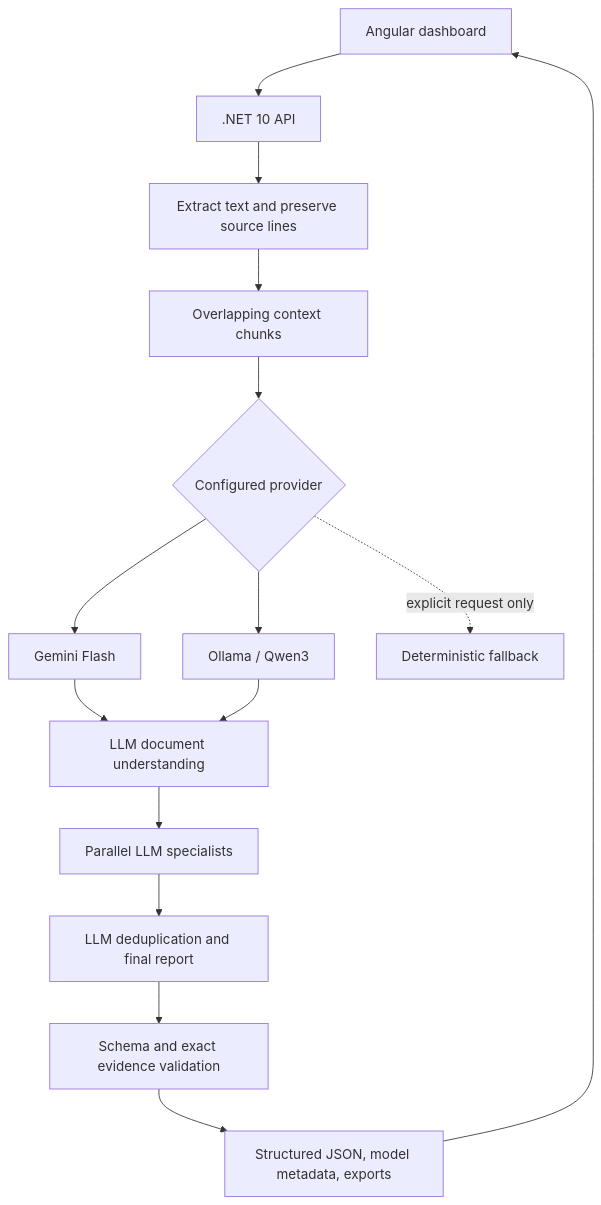
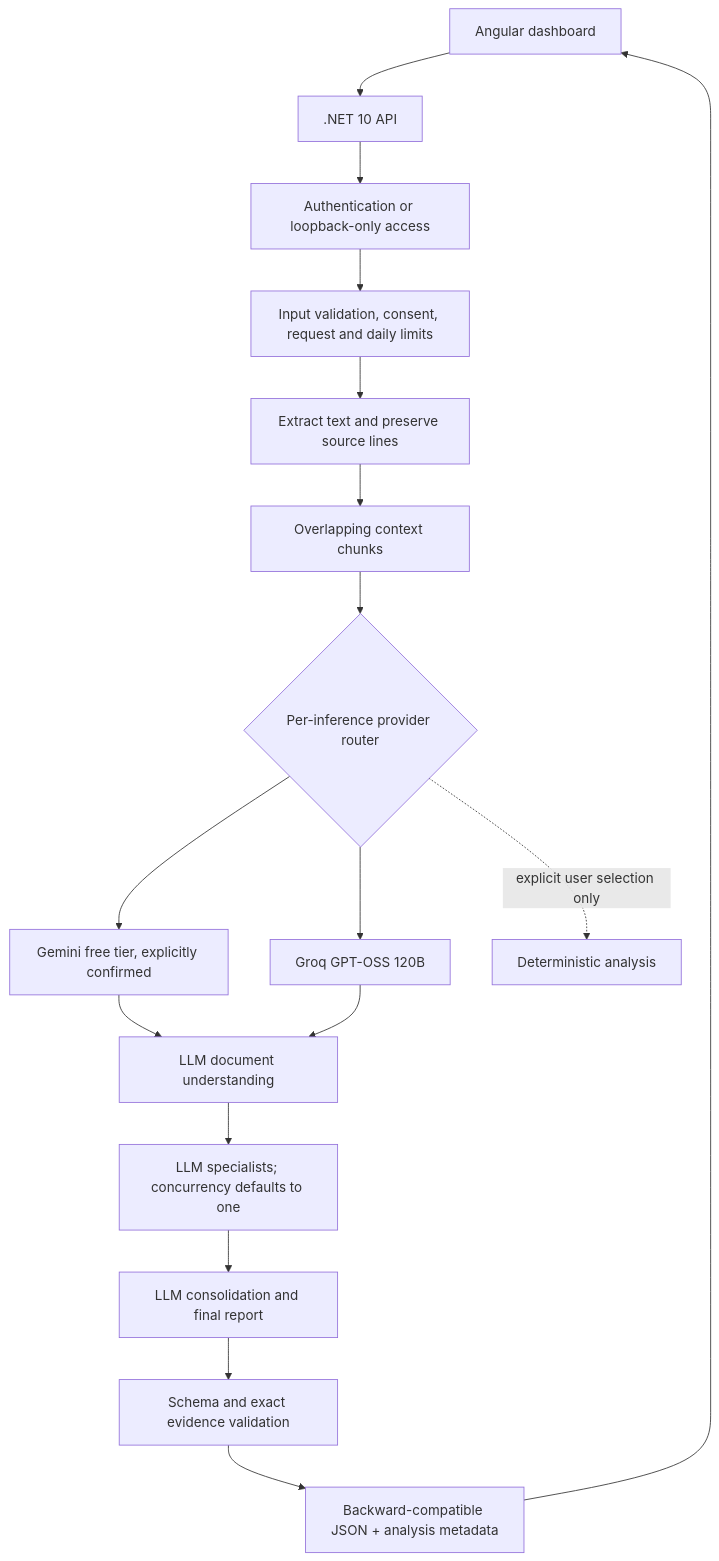
One commit to ramaputhiran87/AI_Digest changed the diagram in ARCHITECTURE.md. Above: the diagram before and after it, drawn with Mermaid. The commit also changed other lines of this file and 32 other files, not shown here.

Commit message:
Implement secure AI analysis and consent

````diff
--- a/ARCHITECTURE.md
+++ b/ARCHITECTURE.md
@@ -5,17 +5,19 @@
 ```mermaid
 flowchart TD
     Browser[Angular dashboard] --> Api[.NET 10 API]
-    Api --> Parse[Extract text and preserve source lines]
+    Api --> Access[Authentication or loopback-only access]
+    Access --> Limits[Input validation, consent, request and daily limits]
+    Limits --> Parse[Extract text and preserve source lines]
     Parse --> Chunks[Overlapping context chunks]
-    Chunks --> Provider{Configured provider}
-    Provider --> Gemini[Gemini Flash]
-    Provider --> Ollama[Ollama / Qwen3]
+    Chunks -->     Router{Per-inference provider router}
+    Router --> Gemini[Gemini free tier, explicitly confirmed]
+    Router --> Groq[Groq GPT-OSS 120B]
     Gemini --> Understanding[LLM document understanding]
-    Ollama --> Understanding
-    Understanding --> Agents[Parallel LLM specialists]
-    Agents --> Consolidation[LLM deduplication and final report]
+    Groq --> Understanding
+    Understanding --> Agents[LLM specialists; concurrency defaults to one]
+    Agents --> Consolidation[LLM consolidation and final report]
     Consolidation --> Validation[Schema and exact evidence validation]
-    Validation --> Result[Structured JSON, model metadata, exports]
+    Validation --> Result[Backward-compatible JSON + analysis metadata]
     Result --> Browser
-    Provider -. explicit request only .-> Fallback[Deterministic fallback]
+    Router -. explicit user selection only .-> Rules[Deterministic analysis]
 ```
````
